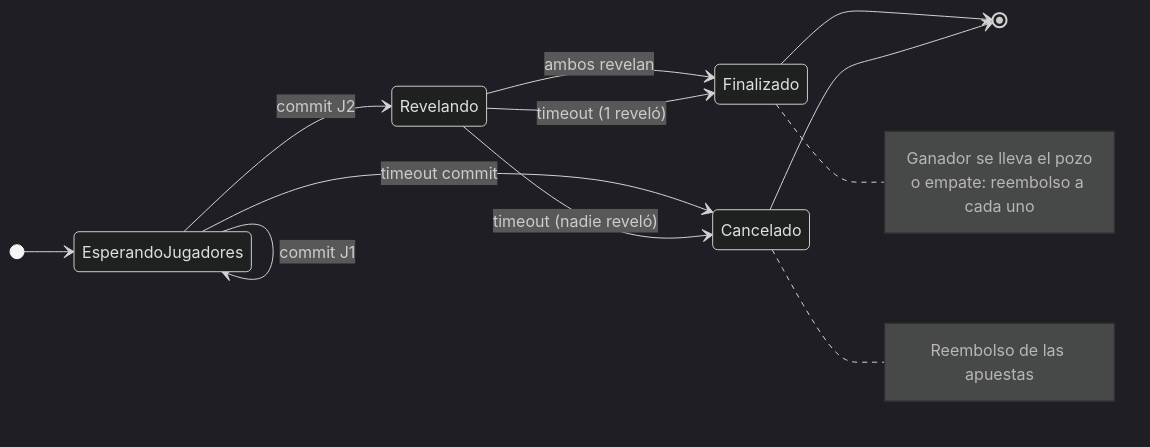
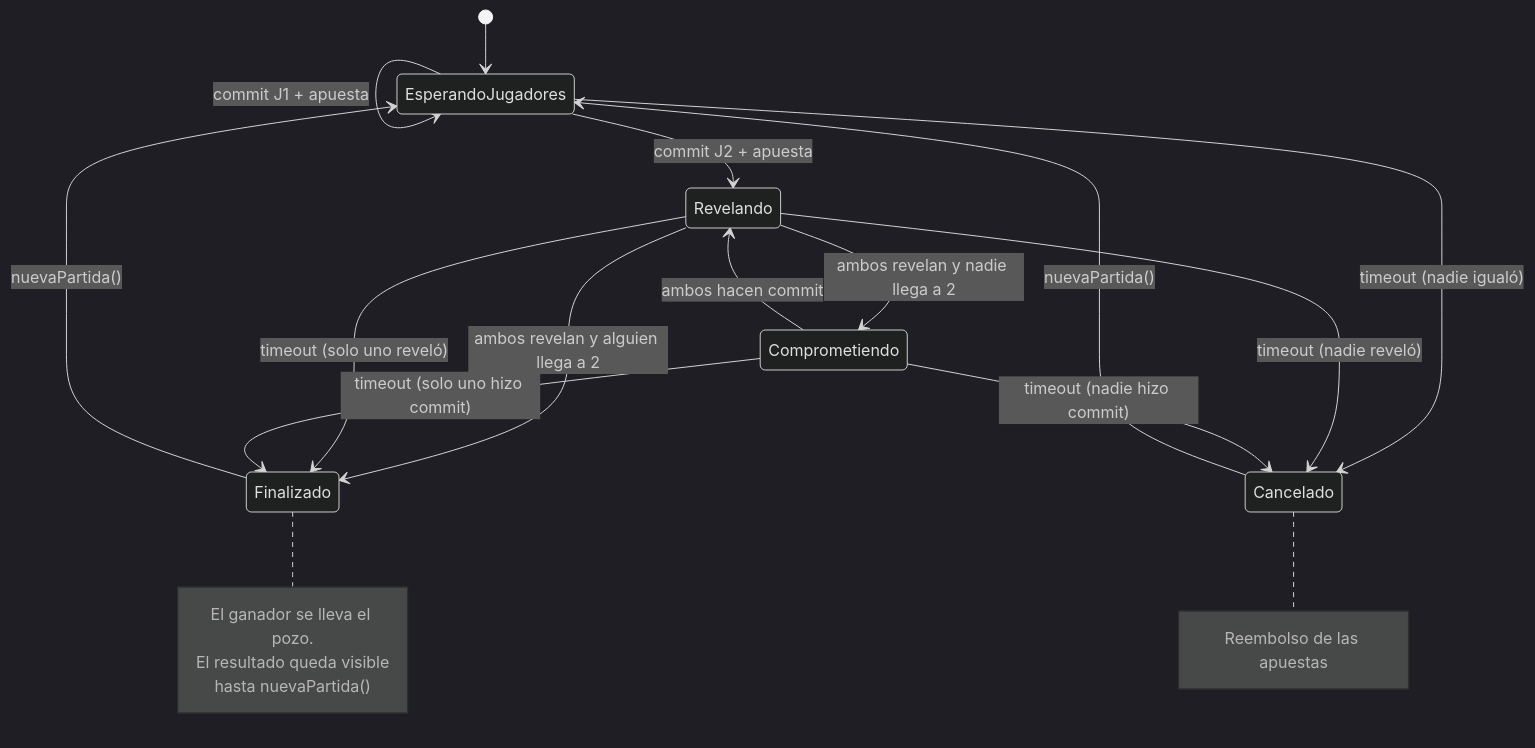
The second of 2 diagrams in README.md (DiegoPyLL/Cachipun-Ethereum), drawn with Mermaid (dark theme) before and after one commit. The commit also changed other lines of this file and 15 other files, not shown here.

````diff
--- a/README.md
+++ b/README.md
@@ -65,21 +79,26 @@
 ```mermaid
 stateDiagram-v2
-    direction LR
+    direction TB
     [*] --> EsperandoJugadores
-    EsperandoJugadores --> EsperandoJugadores: commit J1
-    EsperandoJugadores --> Revelando: commit J2
-    EsperandoJugadores --> Cancelado: timeout commit
-    Revelando --> Finalizado: ambos revelan
-    Revelando --> Finalizado: timeout (1 reveló)
+    EsperandoJugadores --> EsperandoJugadores: commit J1 + apuesta
+    EsperandoJugadores --> Revelando: commit J2 + apuesta
+    EsperandoJugadores --> Cancelado: timeout (nadie igualó)
+    Revelando --> Comprometiendo: ambos revelan y nadie llega a 2
+    Revelando --> Finalizado: ambos revelan y alguien llega a 2
+    Revelando --> Finalizado: timeout (solo uno reveló)
     Revelando --> Cancelado: timeout (nadie reveló)
-    Finalizado --> [*]
-    Cancelado --> [*]
+    Comprometiendo --> Revelando: ambos hacen commit
+    Comprometiendo --> Finalizado: timeout (solo uno hizo commit)
+    Comprometiendo --> Cancelado: timeout (nadie hizo commit)
+    Finalizado --> EsperandoJugadores: nuevaPartida()
+    Cancelado --> EsperandoJugadores: nuevaPartida()
 
     note right of Finalizado
-        Ganador se lleva el pozo
-        o empate: reembolso a cada uno
+        El ganador se lleva el pozo.
+        El resultado queda visible
+        hasta nuevaPartida()
     end note
     note right of Cancelado
         Reembolso de las apuestas
     end note
 ```
````
